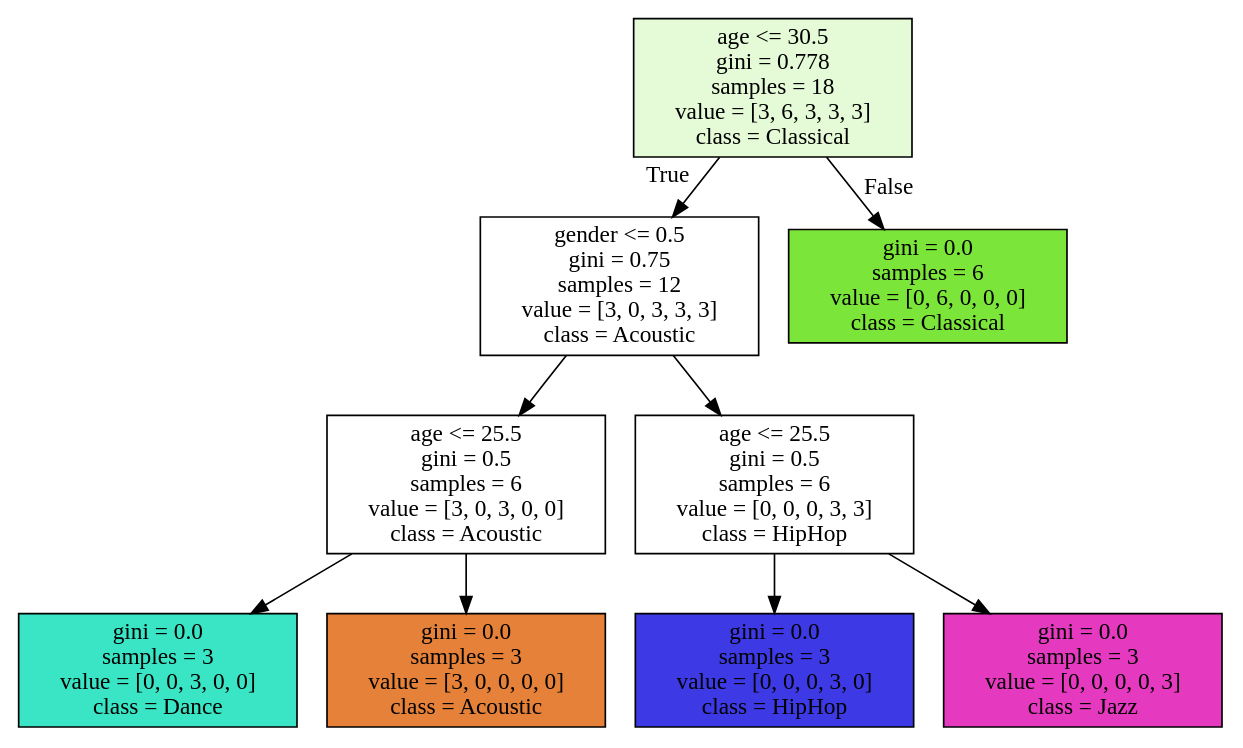
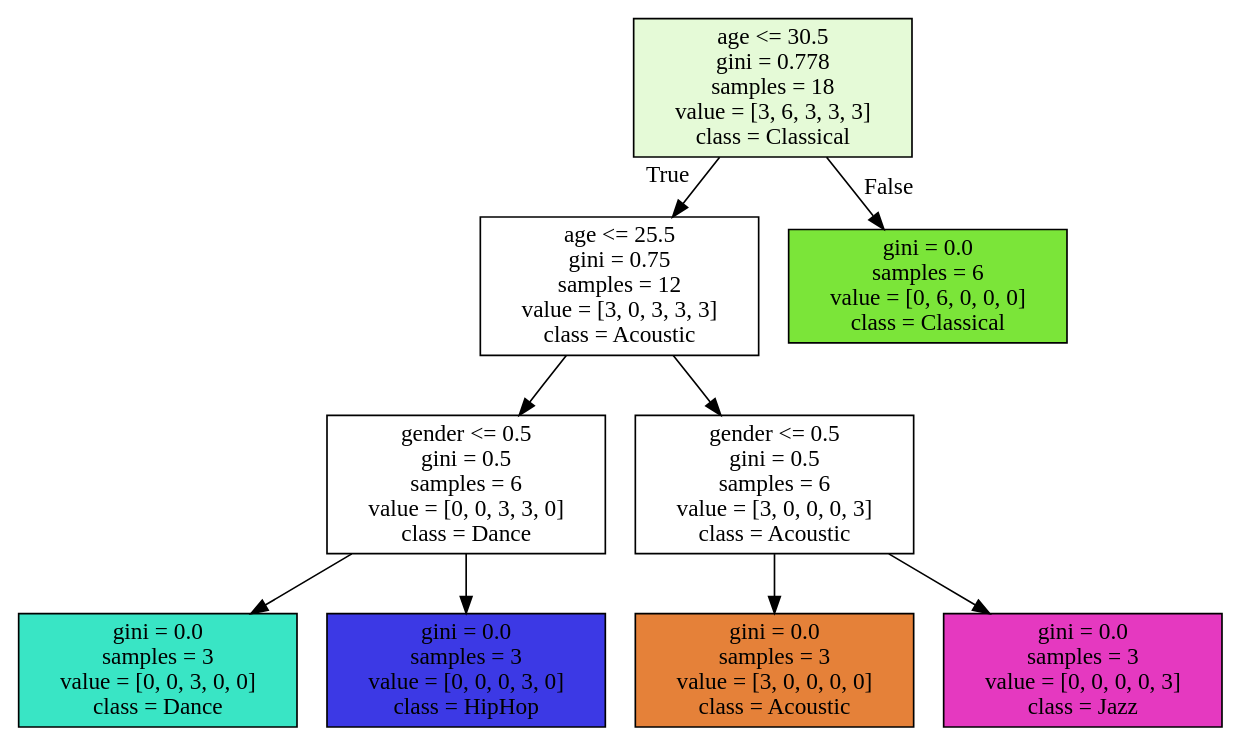
The diagram in training/music-recommenteder.dot (LuisValgoi/python-jupyter), drawn with Graphviz before and after one commit. The commit also changed 55 other files, not shown here.

```diff
--- a/training/music-recommenteder.dot
+++ b/training/music-recommenteder.dot
@@ -1,20 +1,20 @@
 digraph Tree {
 node [shape=box, style="filled", color="black"] ;
 0 [label="age <= 30.5\ngini = 0.778\nsamples = 18\nvalue = [3, 6, 3, 3, 3]\nclass = Classical", fillcolor="#e5fad7"] ;
-1 [label="gender <= 0.5\ngini = 0.75\nsamples = 12\nvalue = [3, 0, 3, 3, 3]\nclass = Acoustic", fillcolor="#ffffff"] ;
+1 [label="age <= 25.5\ngini = 0.75\nsamples = 12\nvalue = [3, 0, 3, 3, 3]\nclass = Acoustic", fillcolor="#ffffff"] ;
 0 -> 1 [labeldistance=2.5, labelangle=45, headlabel="True"] ;
-2 [label="age <= 25.5\ngini = 0.5\nsamples = 6\nvalue = [3, 0, 3, 0, 0]\nclass = Acoustic", fillcolor="#ffffff"] ;
+2 [label="gender <= 0.5\ngini = 0.5\nsamples = 6\nvalue = [0, 0, 3, 3, 0]\nclass = Dance", fillcolor="#ffffff"] ;
 1 -> 2 ;
 3 [label="gini = 0.0\nsamples = 3\nvalue = [0, 0, 3, 0, 0]\nclass = Dance", fillcolor="#39e5c5"] ;
 2 -> 3 ;
-4 [label="gini = 0.0\nsamples = 3\nvalue = [3, 0, 0, 0, 0]\nclass = Acoustic", fillcolor="#e58139"] ;
+4 [label="gini = 0.0\nsamples = 3\nvalue = [0, 0, 0, 3, 0]\nclass = HipHop", fillcolor="#3c39e5"] ;
 2 -> 4 ;
-5 [label="age <= 25.5\ngini = 0.5\nsamples = 6\nvalue = [0, 0, 0, 3, 3]\nclass = HipHop", fillcolor="#ffffff"] ;
+5 [label="gender <= 0.5\ngini = 0.5\nsamples = 6\nvalue = [3, 0, 0, 0, 3]\nclass = Acoustic", fillcolor="#ffffff"] ;
 1 -> 5 ;
-6 [label="gini = 0.0\nsamples = 3\nvalue = [0, 0, 0, 3, 0]\nclass = HipHop", fillcolor="#3c39e5"] ;
+6 [label="gini = 0.0\nsamples = 3\nvalue = [3, 0, 0, 0, 0]\nclass = Acoustic", fillcolor="#e58139"] ;
 5 -> 6 ;
 7 [label="gini = 0.0\nsamples = 3\nvalue = [0, 0, 0, 0, 3]\nclass = Jazz", fillcolor="#e539c0"] ;
 5 -> 7 ;
 8 [label="gini = 0.0\nsamples = 6\nvalue = [0, 6, 0, 0, 0]\nclass = Classical", fillcolor="#7be539"] ;
 0 -> 8 [labeldistance=2.5, labelangle=-45, headlabel="False"] ;
 }
```
